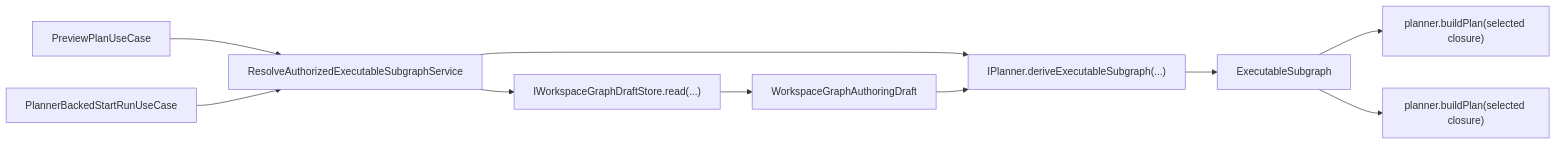
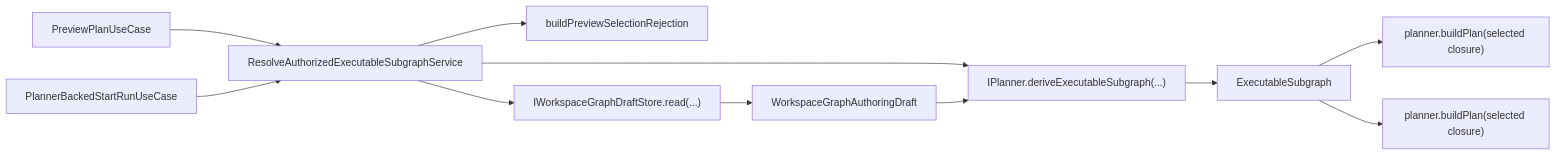
Before and after one commit to dunay2/dvt: the first of 3 diagrams in apps/api/docs/executable-subgraph-resolution-component.md, drawn with Mermaid. The commit also changed other lines of this file and 5 other files, not shown here.

````diff
--- a/apps/api/docs/executable-subgraph-resolution-component.md
+++ b/apps/api/docs/executable-subgraph-resolution-component.md
@@ -69,12 +75,13 @@
 ```mermaid
 flowchart LR
   Preview["PreviewPlanUseCase"] --> Resolver["ResolveAuthorizedExecutableSubgraphService"]
   StartRun["PlannerBackedStartRunUseCase"] --> Resolver
+  Resolver --> Finding["buildPreviewSelectionRejection"]
   Resolver --> Store["IWorkspaceGraphDraftStore.read(...)"]
   Resolver --> Planner["IPlanner.deriveExecutableSubgraph(...)"]
   Store --> Draft["WorkspaceGraphAuthoringDraft"]
   Draft --> Planner
   Planner --> Subgraph["ExecutableSubgraph"]
   Subgraph --> PreviewBuild["planner.buildPlan(selected closure)"]
   Subgraph --> StartRunBuild["planner.buildPlan(selected closure)"]
 ```
````
